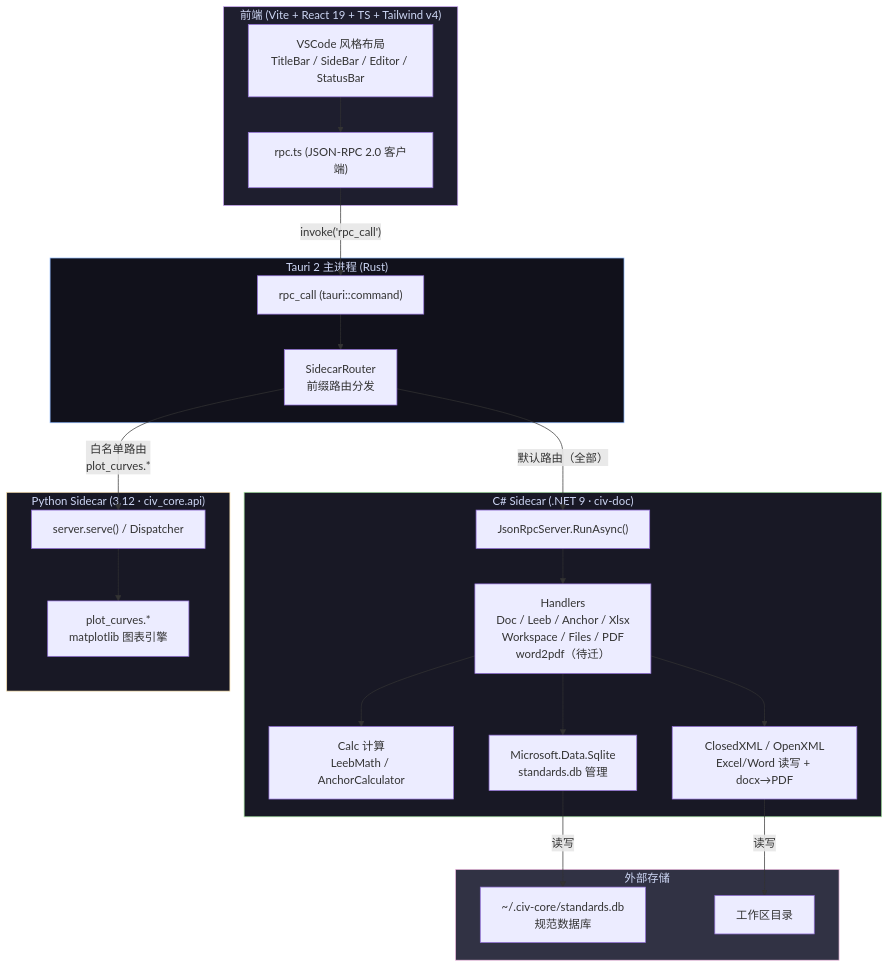
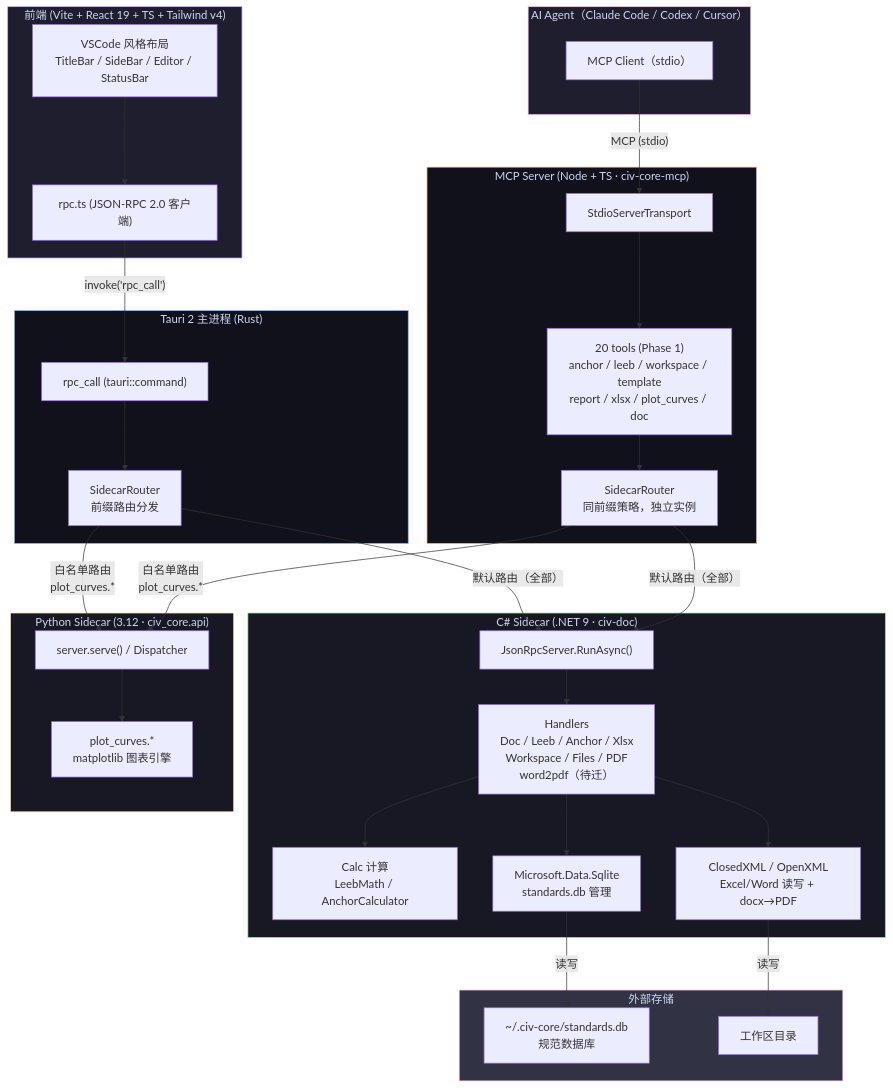
Before and after one commit to ZGQ2001/civ-core: the diagram in CLAUDE.md, drawn with Mermaid. The commit also changed other lines of this file and 4 other files, not shown here.

First line of the commit message:
docs(mcp): T8 Phase 1 文档同步——MCP server 写进宪法 + 子域规则建档

````diff
--- a/CLAUDE.md
+++ b/CLAUDE.md
@@ -14,50 +14,67 @@
 ```mermaid
 graph TB
     subgraph Frontend ["前端 (Vite + React 19 + TS + Tailwind v4)"]
         UI["VSCode 风格布局<br/>TitleBar / SideBar / Editor / StatusBar"]
         RPC_Client["rpc.ts (JSON-RPC 2.0 客户端)"]
         UI --> RPC_Client
     end
 
+    subgraph Agent ["AI Agent（Claude Code / Codex / Cursor）"]
+        A_Client["MCP Client（stdio）"]
+    end
+
     subgraph Tauri ["Tauri 2 主进程 (Rust)"]
         IPC_Cmd["rpc_call (tauri::command)"]
         Router["SidecarRouter<br/>前缀路由分发"]
         RPC_Client -- "invoke('rpc_call')" --> IPC_Cmd
         IPC_Cmd --> Router
+    end
+
+    subgraph Mcp ["MCP Server (Node + TS · civ-core-mcp)"]
+        Mcp_Stdio["StdioServerTransport"]
+        Mcp_Tools["20 tools (Phase 1)<br/>anchor / leeb / workspace / template<br/>report / xlsx / plot_curves / doc"]
+        Mcp_Router["SidecarRouter<br/>同前缀策略，独立实例"]
+        A_Client -- "MCP (stdio)" --> Mcp_Stdio
+        Mcp_Stdio --> Mcp_Tools
+        Mcp_Tools --> Mcp_Router
     end
 
     subgraph CSharp ["C# Sidecar (.NET 9 · civ-doc)"]
         CS_RPC["JsonRpcServer.RunAsync()"]
         CS_Handlers["Handlers<br/>Doc / Leeb / Anchor / Xlsx<br/>Workspace / Files / PDF<br/>word2pdf（待迁）"]
         CS_Calc["Calc 计算<br/>LeebMath / AnchorCalculator"]
         CS_CL["ClosedXML / OpenXML<br/>Excel/Word 读写 + docx→PDF"]
         CS_SQL["Microsoft.Data.Sqlite<br/>standards.db 管理"]
         CS_RPC --> CS_Handlers
         CS_Handlers --> CS_Calc
         CS_Handlers --> CS_CL
         CS_Handlers --> CS_SQL
     end
 
     subgraph Python ["Python Sidecar (3.12 · civ_core.api)"]
         Py_RPC["server.serve() / Dispatcher"]
         Py_Handlers["plot_curves.*<br/>matplotlib 图表引擎"]
         Py_RPC --> Py_Handlers
     end
 
     subgraph Storage ["外部存储"]
         DB["~/.civ-core/standards.db<br/>规范数据库"]
         Disk["工作区目录"]
     end
 
     Router -- "默认路由（全部）" --> CS_RPC
     Router -- "白名单路由<br/>plot_curves.*" --> Py_RPC
+    Mcp_Router -- "默认路由（全部）" --> CS_RPC
+    Mcp_Router -- "白名单路由<br/>plot_curves.*" --> Py_RPC
 
     CS_SQL -- "读写" --> DB
     CS_CL -- "读写" --> Disk
 
     style Frontend fill:#1e1e2e,stroke:#cba6f7,color:#cdd6f4
+    style Agent fill:#1e1e2e,stroke:#f5c2e7,color:#cdd6f4
     style Tauri fill:#11111b,stroke:#89b4fa,color:#cdd6f4
+    style Mcp fill:#11111b,stroke:#fab387,color:#cdd6f4
     style CSharp fill:#181825,stroke:#a6e3a1,color:#cdd6f4
     style Python fill:#181825,stroke:#f9e2af,color:#cdd6f4
     style Storage fill:#313244,stroke:#f5c2e7,color:#cdd6f4
 ```
````
